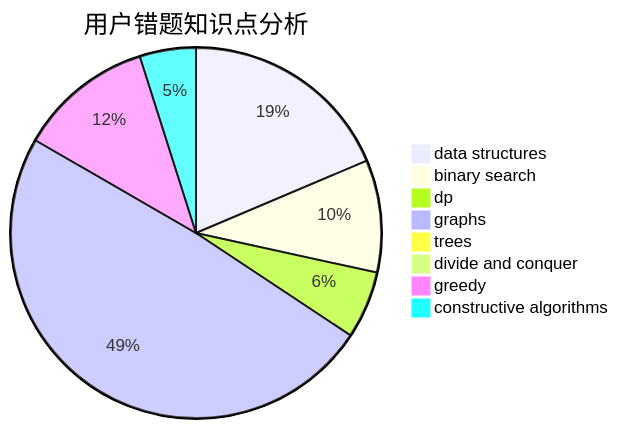
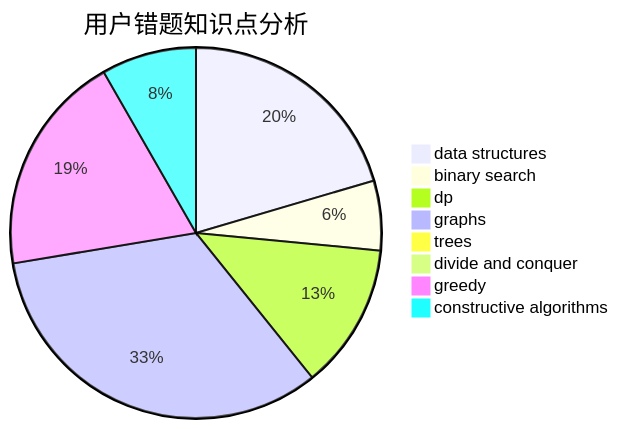
The third of 3 diagrams in docs/user/u187.md (sherpahu/cfrs.github.io), drawn with Mermaid before and after one commit. The commit also changed other lines of this file and 2770 other files, not shown here.

````diff
--- a/docs/user/u187.md
+++ b/docs/user/u187.md
@@ -36,11 +36,11 @@
 ```mermaid
 pie title 用户错题知识点分析
-    "data structures" :  19
-    "binary search" :  10
-    "dp" :  6
-    "graphs" :  50
+    "data structures" :  37
+    "binary search" :  11
+    "dp" :  23
+    "graphs" :  60
     "trees" :  0
     "divide and conquer" :  0
-    "greedy" :  12
-    "constructive algorithms" :  5
+    "greedy" :  35
+    "constructive algorithms" :  15
 ```
````
